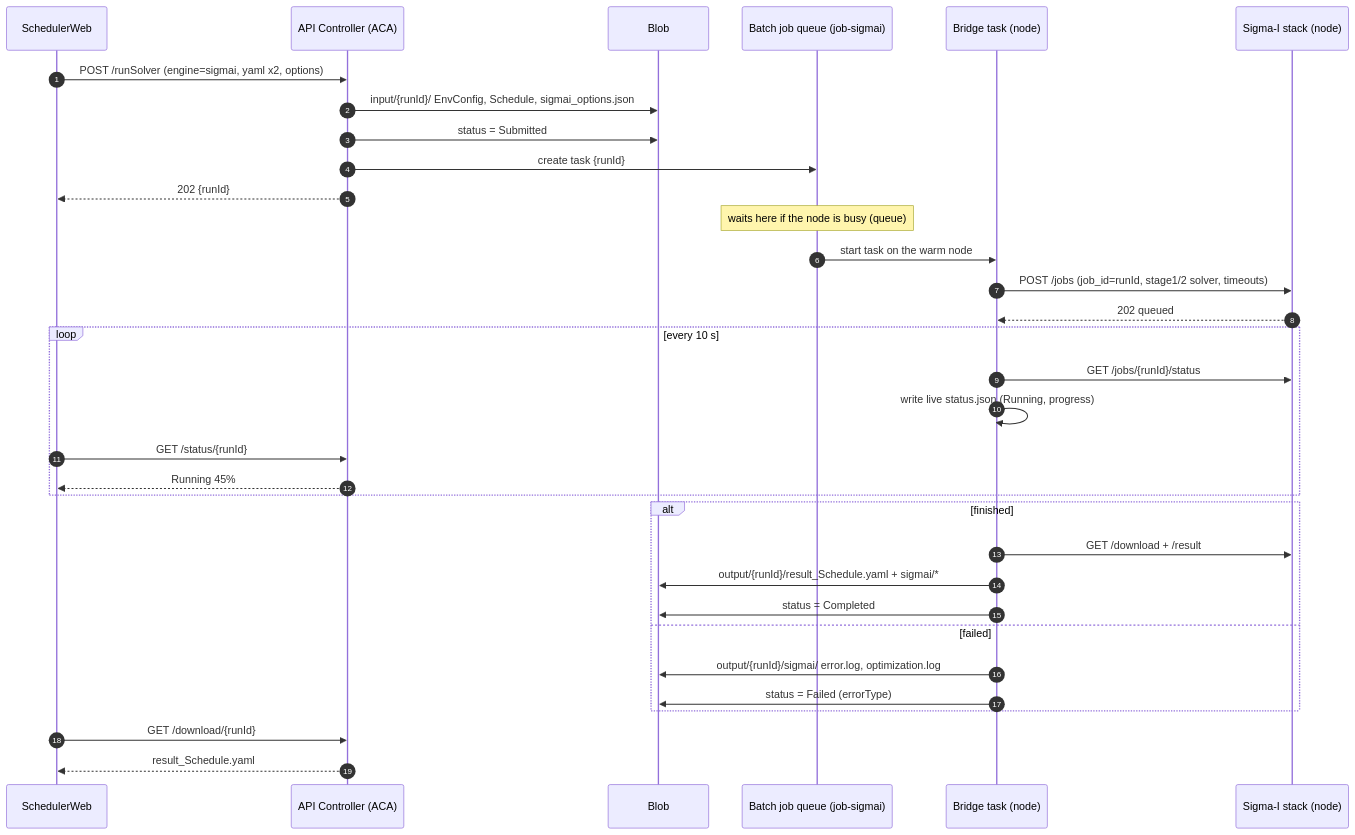
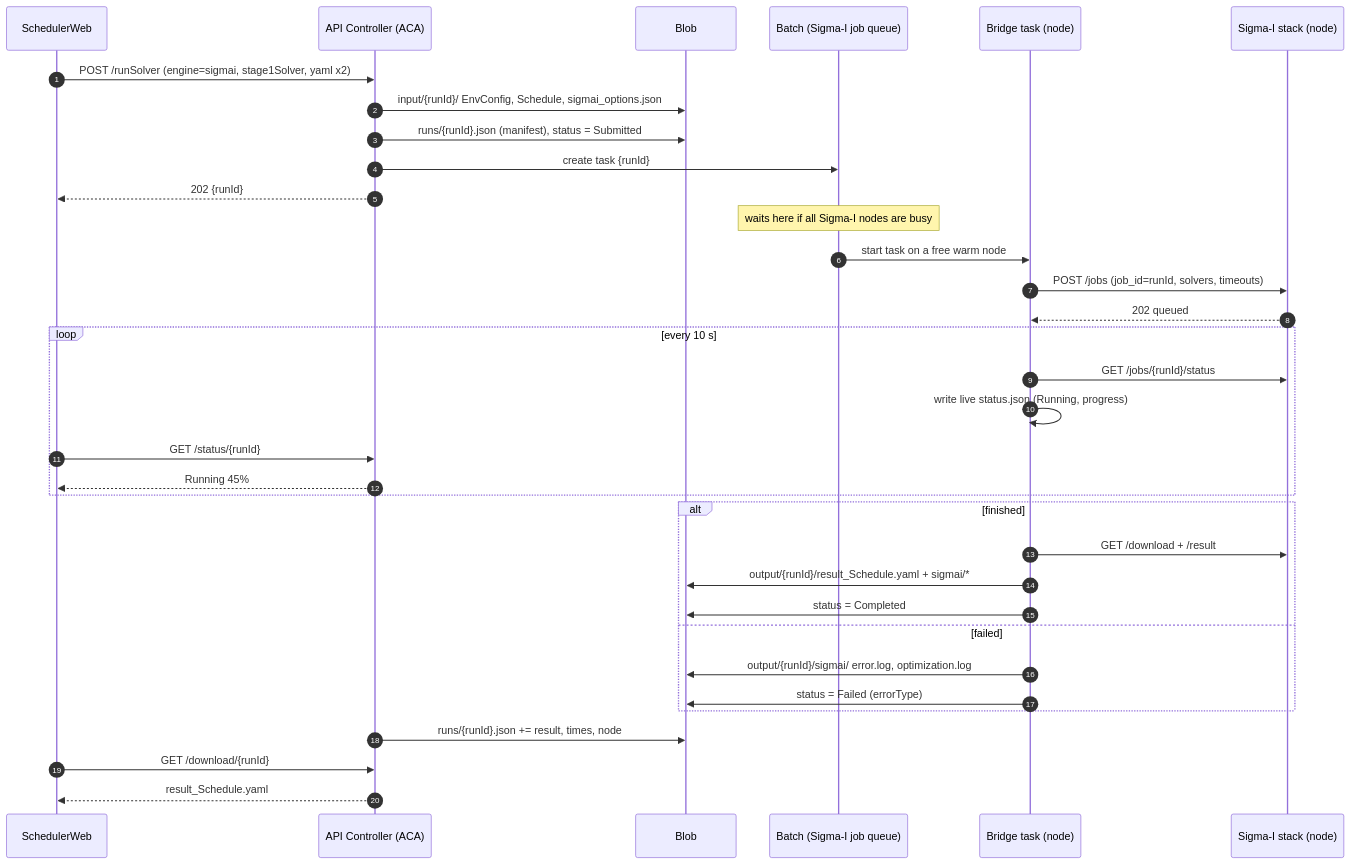
One commit to WhiTeXCharGe/TF_Testing changed the sixth of 12 diagrams in SigmaI/SigmaI_Azure_ImplementationPlan20261013.md. Above: the diagram before and after it, drawn with Mermaid. The commit also changed other lines of this file and 2 other files, not shown here.

Commit message:
update implementation plan for sigmaAI

````diff
--- a/SigmaI/SigmaI_Azure_ImplementationPlan20261013.md
+++ b/SigmaI/SigmaI_Azure_ImplementationPlan20261013.md
@@ -101,40 +241,41 @@
 ```mermaid
 sequenceDiagram
     autonumber
     participant W as SchedulerWeb
     participant API as API Controller (ACA)
     participant BLOB as Blob
-    participant BQ as Batch job queue (job-sigmai)
+    participant BQ as Batch (Sigma-I job queue)
     participant BR as Bridge task (node)
     participant SG as Sigma-I stack (node)
 
-    W->>API: POST /runSolver (engine=sigmai, yaml x2, options)
+    W->>API: POST /runSolver (engine=sigmai, stage1Solver, yaml x2)
     API->>BLOB: input/{runId}/ EnvConfig, Schedule, sigmai_options.json
-    API->>BLOB: status = Submitted
+    API->>BLOB: runs/{runId}.json (manifest), status = Submitted
     API->>BQ: create task {runId}
     API-->>W: 202 {runId}
 
-    Note over BQ: waits here if the node is busy (queue)
-    BQ->>BR: start task on the warm node
-    BR->>SG: POST /jobs (job_id=runId, stage1/2 solver, timeouts)
+    Note over BQ: waits here if all Sigma-I nodes are busy
+    BQ->>BR: start task on a free warm node
+    BR->>SG: POST /jobs (job_id=runId, solvers, timeouts)
     SG-->>BR: 202 queued
 
     loop every 10 s
         BR->>SG: GET /jobs/{runId}/status
         BR->>BR: write live status.json (Running, progress)
         W->>API: GET /status/{runId}
         API-->>W: Running 45%
     end
 
     alt finished
         BR->>SG: GET /download + /result
         BR->>BLOB: output/{runId}/result_Schedule.yaml + sigmai/*
         BR->>BLOB: status = Completed
     else failed
         BR->>BLOB: output/{runId}/sigmai/ error.log, optimization.log
         BR->>BLOB: status = Failed (errorType)
     end
 
+    API->>BLOB: runs/{runId}.json += result, times, node
     W->>API: GET /download/{runId}
     API-->>W: result_Schedule.yaml
 ```
````
